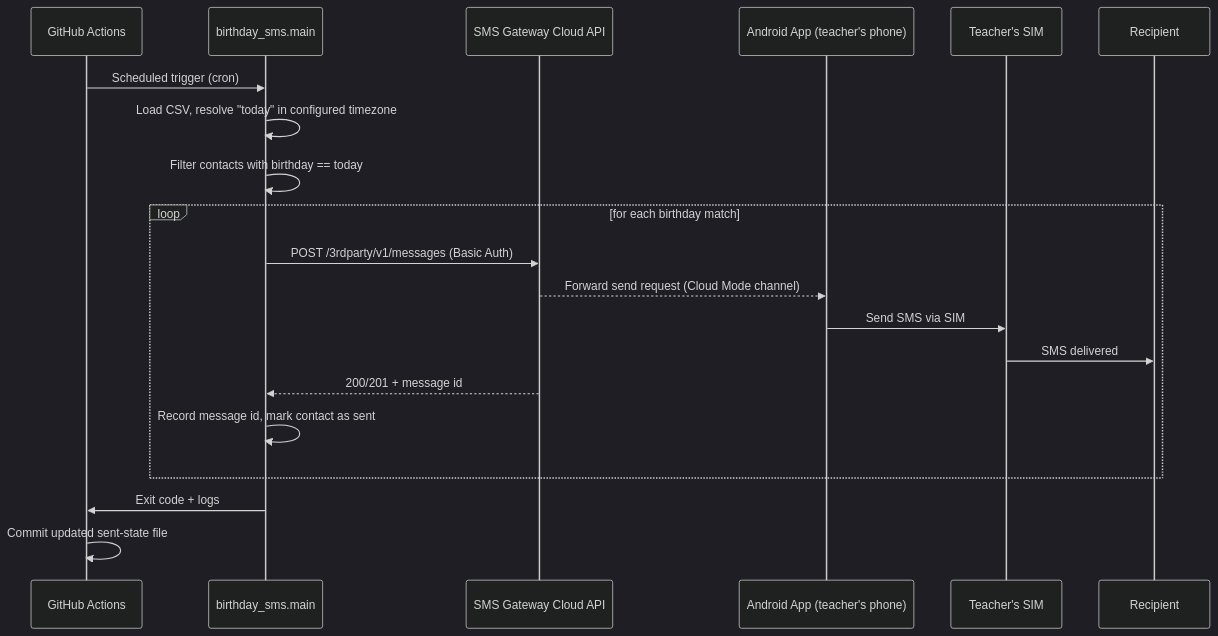
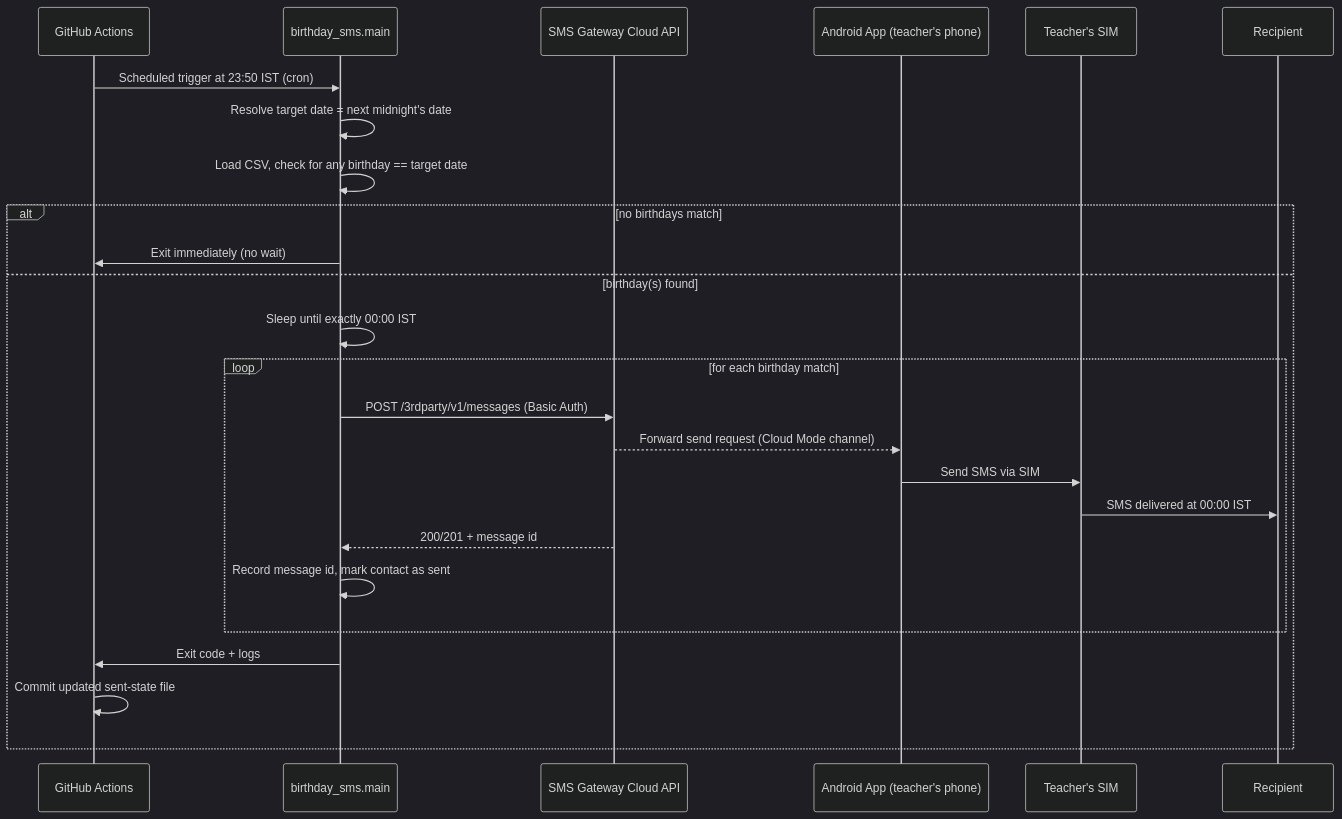
Before and after one commit to Manas-Dikshit/Messenger_Automation: the second of 5 diagrams in docs/ARCHITECTURE.md, drawn with Mermaid (dark theme). The commit also changed other lines of this file, not shown here.

Commit message:
update architecture #2

````diff
--- a/docs/ARCHITECTURE.md
+++ b/docs/ARCHITECTURE.md
@@ -53,23 +53,28 @@
 ```mermaid
 sequenceDiagram
     participant GH as GitHub Actions
     participant PY as birthday_sms.main
     participant API as SMS Gateway Cloud API
     participant APP as Android App (teacher's phone)
     participant SIM as Teacher's SIM
     participant R as Recipient
 
-    GH->>PY: Scheduled trigger (cron)
-    PY->>PY: Load CSV, resolve "today" in configured timezone
-    PY->>PY: Filter contacts with birthday == today
-    loop for each birthday match
-        PY->>API: POST /3rdparty/v1/messages (Basic Auth)
-        API-->>APP: Forward send request (Cloud Mode channel)
-        APP->>SIM: Send SMS via SIM
-        SIM->>R: SMS delivered
-        API-->>PY: 200/201 + message id
-        PY->>PY: Record message id, mark contact as sent
+    GH->>PY: Scheduled trigger at 23:50 IST (cron)
+    PY->>PY: Resolve target date = next midnight's date
+    PY->>PY: Load CSV, check for any birthday == target date
+    alt no birthdays match
+        PY->>GH: Exit immediately (no wait)
+    else birthday(s) found
+        PY->>PY: Sleep until exactly 00:00 IST
+        loop for each birthday match
+            PY->>API: POST /3rdparty/v1/messages (Basic Auth)
+            API-->>APP: Forward send request (Cloud Mode channel)
+            APP->>SIM: Send SMS via SIM
+            SIM->>R: SMS delivered at 00:00 IST
+            API-->>PY: 200/201 + message id
+            PY->>PY: Record message id, mark contact as sent
+        end
+        PY->>GH: Exit code + logs
+        GH->>GH: Commit updated sent-state file
     end
-    PY->>GH: Exit code + logs
-    GH->>GH: Commit updated sent-state file
 ```
````
